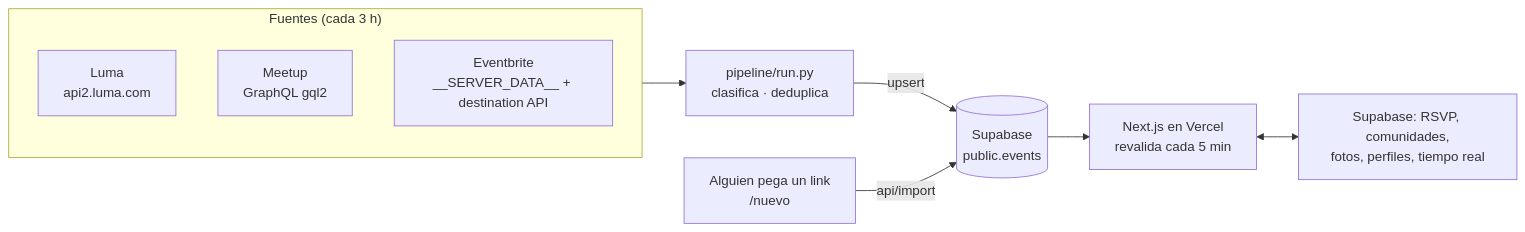
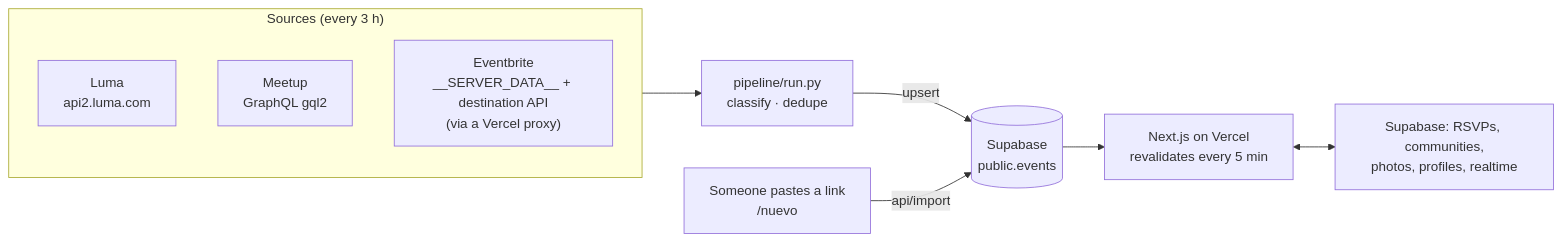
Before and after one commit to ClaudiaAgromayor/muno-events: the diagram in README.md, drawn with Mermaid. The commit also changed other lines of this file, not shown here.

````diff
--- a/README.md
+++ b/README.md
@@ -11,13 +11,13 @@
 ```mermaid
 flowchart LR
-    subgraph fuentes["Fuentes (cada 3 h)"]
+    subgraph sources["Sources (every 3 h)"]
         luma["Luma<br/>api2.luma.com"]
         meetup["Meetup<br/>GraphQL gql2"]
-        eb["Eventbrite<br/>__SERVER_DATA__ + destination API"]
+        eb["Eventbrite<br/>__SERVER_DATA__ + destination API<br/>(via a Vercel proxy)"]
     end
-    fuentes --> run["pipeline/run.py<br/>clasifica · deduplica"]
+    sources --> run["pipeline/run.py<br/>classify · dedupe"]
     run -->|upsert| db[(Supabase<br/>public.events)]
-    user["Alguien pega un link<br/>/nuevo"] -->|api/import| db
-    db --> web["Next.js en Vercel<br/>revalida cada 5 min"]
-    web <--> social["Supabase: RSVP, comunidades,<br/>fotos, perfiles, tiempo real"]
+    user["Someone pastes a link<br/>/nuevo"] -->|api/import| db
+    db --> web["Next.js on Vercel<br/>revalidates every 5 min"]
+    web <--> social["Supabase: RSVPs, communities,<br/>photos, profiles, realtime"]
 ```
````
